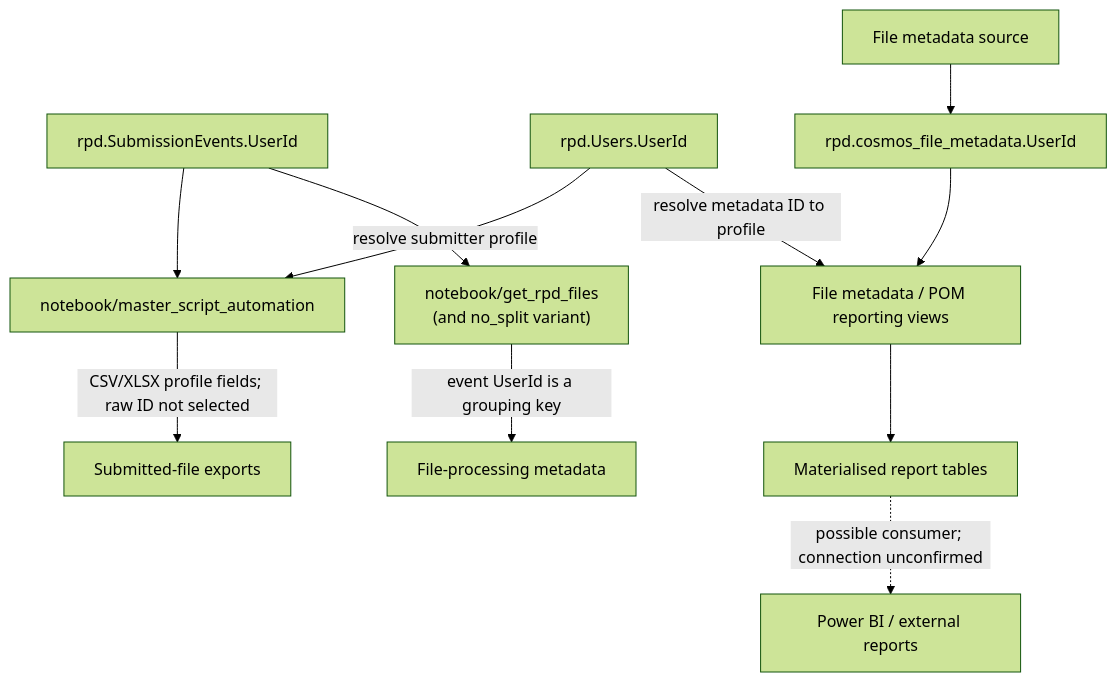
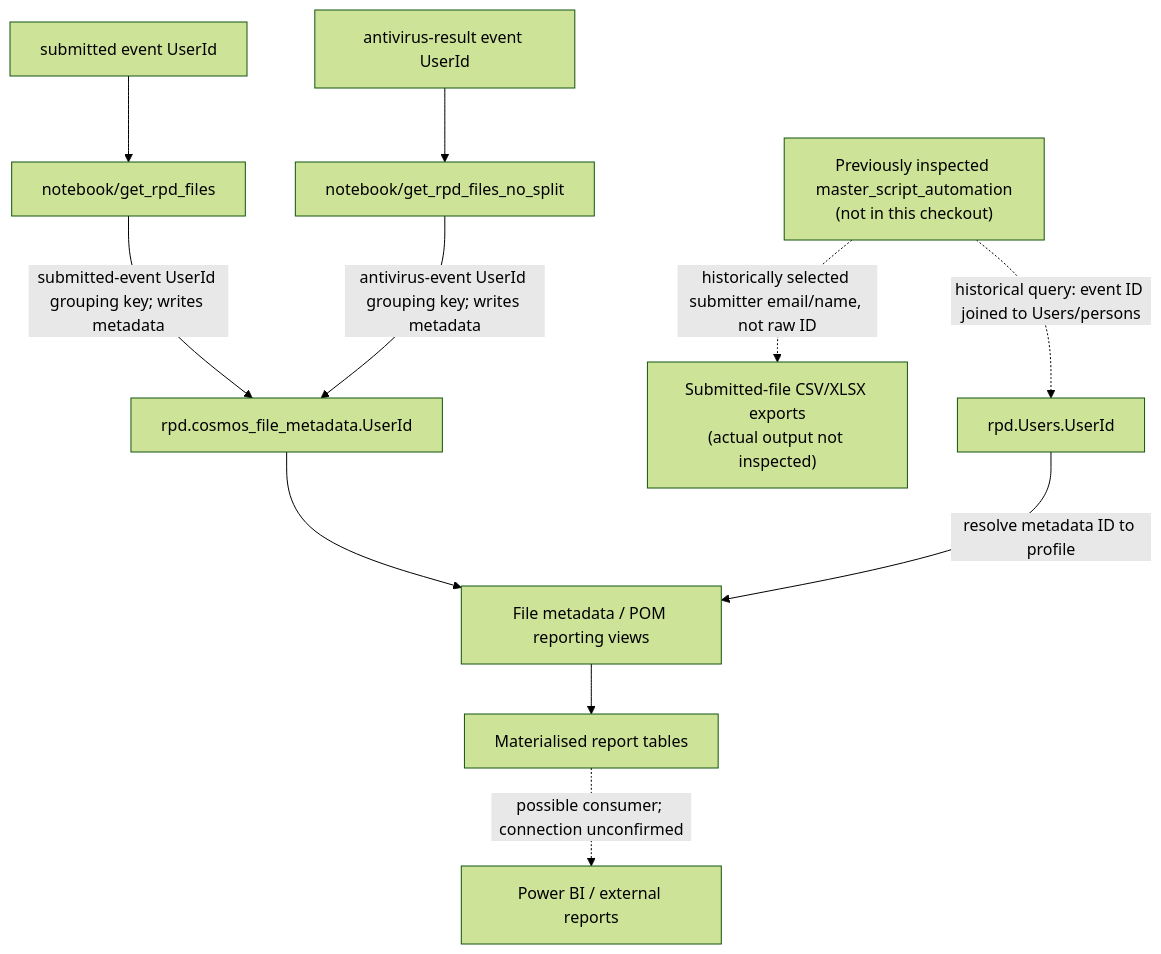
The sixth of 6 diagrams in docs/identity_provider_EntraID/rpd-users-userid-entra-migration.md (DEFRA/epr-data-sqldb), drawn with Mermaid (forest theme) before and after one commit. The commit also changed other lines of this file and 2 other files, not shown here.

````diff
--- a/docs/identity_provider_EntraID/rpd-users-userid-entra-migration.md
+++ b/docs/identity_provider_EntraID/rpd-users-userid-entra-migration.md
@@ -97,15 +106,15 @@
 ```mermaid
 flowchart TB
-    Events["rpd.SubmissionEvents.UserId"] --> MasterNotebook["notebook/master_script_automation"]
-    RpdUser["rpd.Users.UserId"] -->|"resolve submitter profile"| MasterNotebook
-    MasterNotebook -->|"CSV/XLSX profile fields; raw ID not selected"| FlatFiles["Submitted-file exports"]
+    MasterNotebook["Previously inspected master_script_automation\n(not in this checkout)"] -. "historical query: event ID joined to Users/persons" .-> RpdUser["rpd.Users.UserId"]
+    MasterNotebook -. "historically selected submitter email/name, not raw ID" .-> FlatFiles["Submitted-file CSV/XLSX exports\n(actual output not inspected)"]
 
-    Events --> GetFiles["notebook/get_rpd_files\n(and no_split variant)"]
-    GetFiles -->|"event UserId is a grouping key"| FileLanding["File-processing metadata"]
+    SubmittedEvents["submitted event UserId"] --> GetFiles["notebook/get_rpd_files"]
+    AntivirusEvents["antivirus-result event UserId"] --> GetFilesNoSplit["notebook/get_rpd_files_no_split"]
+    GetFiles -->|"submitted-event UserId grouping key; writes metadata"| FileUser["rpd.cosmos_file_metadata.UserId"]
+    GetFilesNoSplit -->|"antivirus-event UserId grouping key; writes metadata"| FileUser
 
-    FileSource["File metadata source"] --> FileUser["rpd.cosmos_file_metadata.UserId"]
     FileUser --> FileViews["File metadata / POM reporting views"]
     RpdUser -->|"resolve metadata ID to profile"| FileViews
     FileViews --> ReportTables["Materialised report tables"]
     ReportTables -. "possible consumer; connection unconfirmed" .-> BI["Power BI / external reports"]
 ```
````
